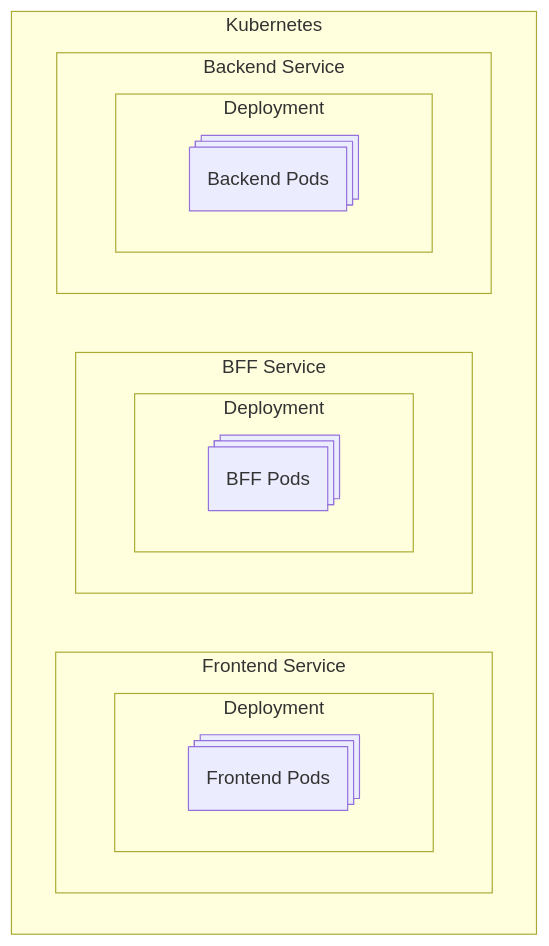
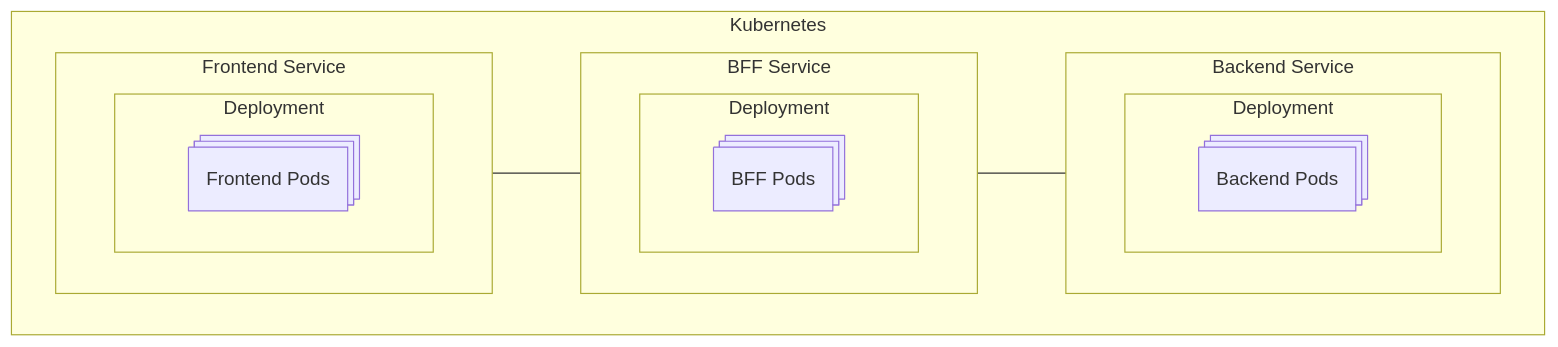
The diagram in application/architecture/nodejs.md (benggri/study), drawn with Mermaid before and after one commit.

````diff
--- a/application/architecture/nodejs.md
+++ b/application/architecture/nodejs.md
@@ -3,28 +3,28 @@
 ```mermaid
 flowchart LR
     subgraph k8s [Kubernetes]
       direction LR
       subgraph fesvc [Frontend Service]
         direction LR
         subgraph fedep [Deployment]
           direction LR
           fep@{ shape: procs, label: "Frontend Pods"}
         end
       end
       subgraph bffsvc [BFF Service]
         direction LR
         subgraph bffdep [Deployment]
           direction LR
           bffp@{ shape: procs, label: "BFF Pods"}
         end
       end
       subgraph besvc [Backend Service]
         direction LR
         subgraph bedep [Deployment]
           direction LR
           bep@{ shape: procs, label: "Backend Pods"}
         end
       end
-
+      fep --- bffp --- bep
     end
 ```
````
